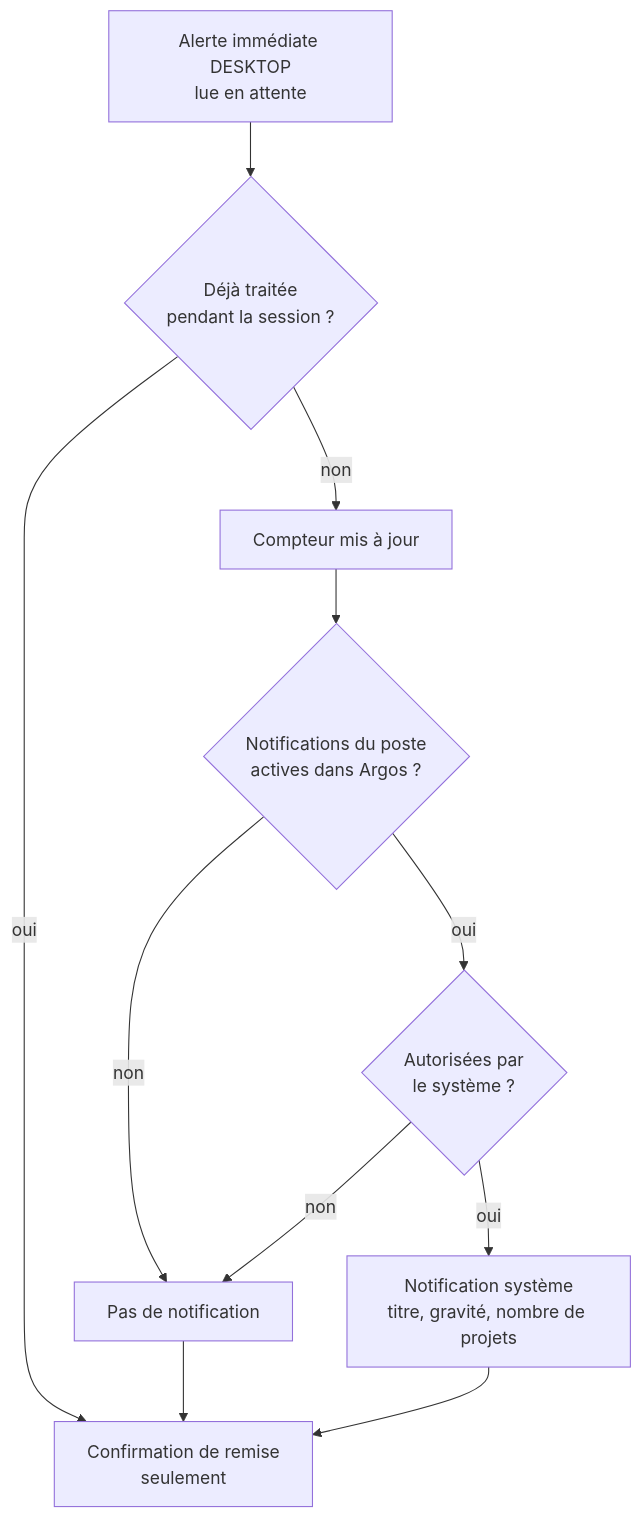
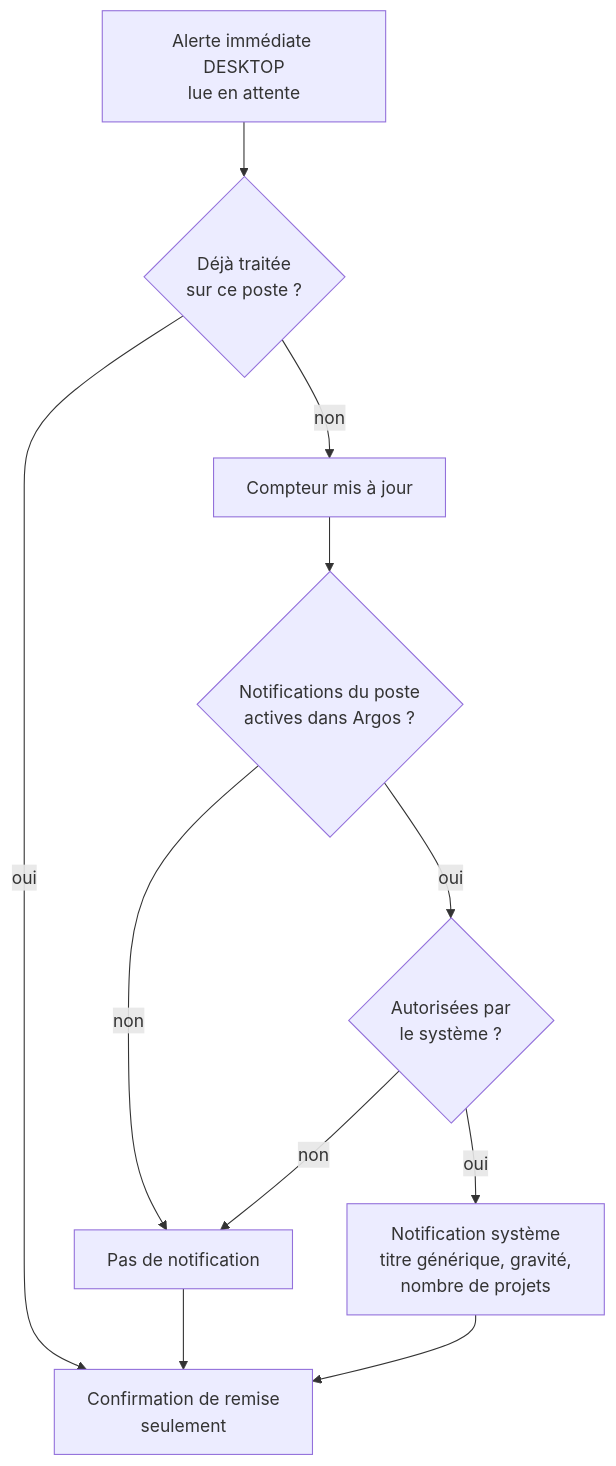
Before and after one commit to FTurleque/argos-tech-platform: the diagram in docs/specifications/notifications-poste.md, drawn with Mermaid. The commit also changed other lines of this file and 14 other files, not shown here.

First line of the commit message:
fix(notifications-poste): titre générique, absence de doublon après rechargement et réglages bornés

````diff
--- a/docs/specifications/notifications-poste.md
+++ b/docs/specifications/notifications-poste.md
@@ -88,13 +88,13 @@
 ```mermaid
 flowchart TD
-    A["Alerte immédiate DESKTOP<br/>lue en attente"] --> K{"Déjà traitée<br/>pendant la session ?"}
+    A["Alerte immédiate DESKTOP<br/>lue en attente"] --> K{"Déjà traitée<br/>sur ce poste ?"}
     K -- "oui" --> R["Confirmation de remise<br/>seulement"]
     K -- "non" --> B["Compteur mis à jour"]
     B --> C{"Notifications du poste<br/>actives dans Argos ?"}
     C -- "non" --> E["Pas de notification"]
     C -- "oui" --> D{"Autorisées par<br/>le système ?"}
     D -- "non" --> E
-    D -- "oui" --> F["Notification système<br/>titre, gravité, nombre de projets"]
+    D -- "oui" --> F["Notification système<br/>titre générique, gravité,<br/>nombre de projets"]
     E --> R
     F --> R
 ```
````
